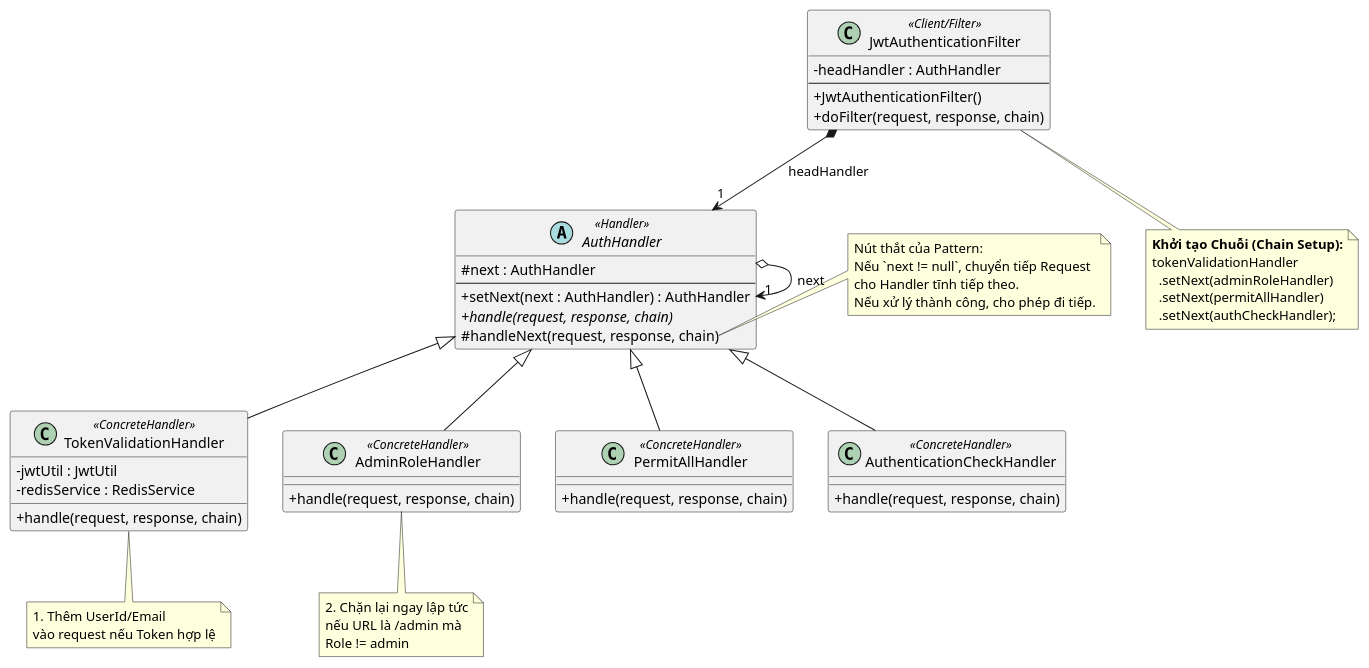
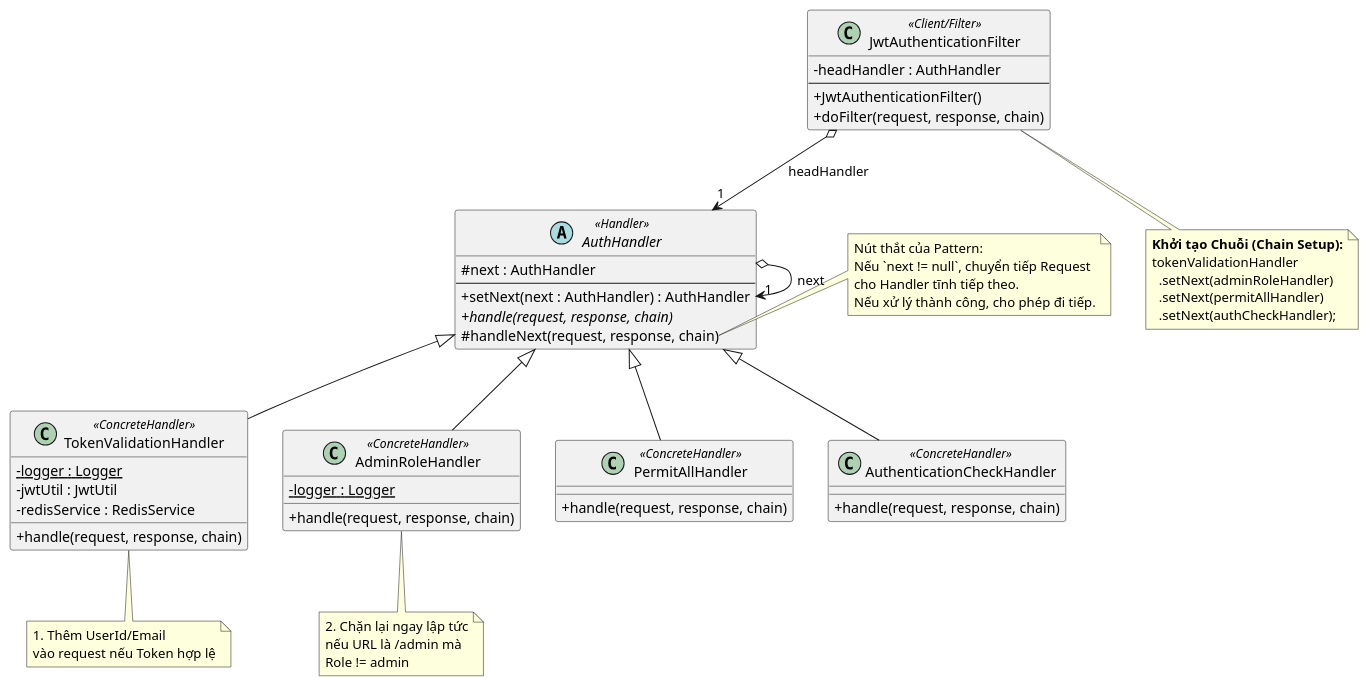
The diagram in src/Khanh_Pattern_Puml/chain_of_responsibility_auth.puml (trihieuvo/justFUML), drawn with PlantUML before and after one commit. The commit also changed 8 other files, not shown here.

First line of the commit message:
Update UML diagrams and add design patterns report

```diff
--- a/src/Khanh_Pattern_Puml/chain_of_responsibility_auth.puml
+++ b/src/Khanh_Pattern_Puml/chain_of_responsibility_auth.puml
@@ -1,75 +1,77 @@
 @startuml
 skinparam ClassAttributeIconSize 0
 
 ' --- Base Handler ---
 abstract class AuthHandler <<Handler>> {
     # next : AuthHandler
     --
     + setNext(next : AuthHandler) : AuthHandler
     + {abstract} handle(request, response, chain)
     # handleNext(request, response, chain)
 }
 
 ' --- Concrete Handlers ---
 class TokenValidationHandler <<ConcreteHandler>> {
+    - {static} logger : Logger
     - jwtUtil : JwtUtil
     - redisService : RedisService
     + handle(request, response, chain)
 }
 
 class AdminRoleHandler <<ConcreteHandler>> {
+    - {static} logger : Logger
     + handle(request, response, chain)
 }
 
 class PermitAllHandler <<ConcreteHandler>> {
     + handle(request, response, chain)
 }
 
 class AuthenticationCheckHandler <<ConcreteHandler>> {
     + handle(request, response, chain)
 }
 
 ' --- Client ---
 class JwtAuthenticationFilter <<Client/Filter>> {
     - headHandler : AuthHandler
     --
     + JwtAuthenticationFilter()
     + doFilter(request, response, chain)
 }
 
 ' --- Relationships ---
 AuthHandler o--> "1" AuthHandler : "next"
 AuthHandler <|-- TokenValidationHandler
 AuthHandler <|-- AdminRoleHandler
 AuthHandler <|-- PermitAllHandler
 AuthHandler <|-- AuthenticationCheckHandler
 
-JwtAuthenticationFilter *--> "1" AuthHandler : "headHandler"
+JwtAuthenticationFilter o--> "1" AuthHandler : "headHandler"
 
 ' --- Notes ---
 note bottom of JwtAuthenticationFilter
   **Khởi tạo Chuỗi (Chain Setup):**
   tokenValidationHandler
     .setNext(adminRoleHandler)
     .setNext(permitAllHandler)
     .setNext(authCheckHandler);
 end note
 
 note right of AuthHandler::handleNext
   Nút thắt của Pattern:
   Nếu `next != null`, chuyển tiếp Request
   cho Handler tĩnh tiếp theo.
   Nếu xử lý thành công, cho phép đi tiếp.
 end note
 
 note bottom of TokenValidationHandler
   1. Thêm UserId/Email
   vào request nếu Token hợp lệ
 end note
 
 note bottom of AdminRoleHandler
   2. Chặn lại ngay lập tức
   nếu URL là /admin mà
   Role != admin
 end note
 @enduml
```
